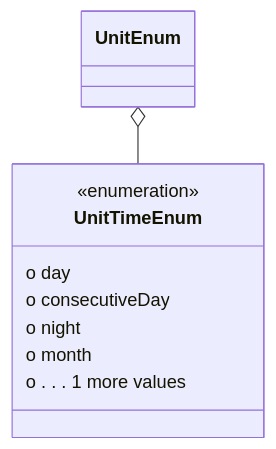
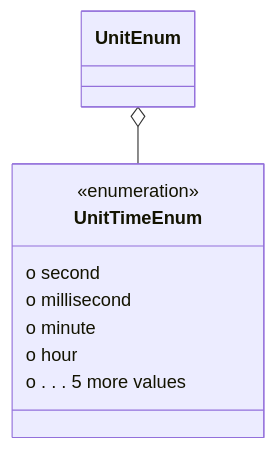
One commit to codexstanford/Insurance-Payout-Ontology changed the diagram in datamodel-build/mermaid/UnitTimeEnum.mmd. Above: the diagram before and after it, drawn with Mermaid. The commit also changed 132 other files, not shown here.

```diff
--- a/datamodel-build/mermaid/UnitTimeEnum.mmd
+++ b/datamodel-build/mermaid/UnitTimeEnum.mmd
@@ -1,10 +1,10 @@
 classDiagram
 UnitEnum o-- UnitTimeEnum
   class UnitTimeEnum {
 <<enumeration>>
-  o day
-  o consecutiveDay
-  o night
-  o month
-  o . . . 1 more values
+  o second
+  o millisecond
+  o minute
+  o hour
+  o . . . 5 more values
 }
```
